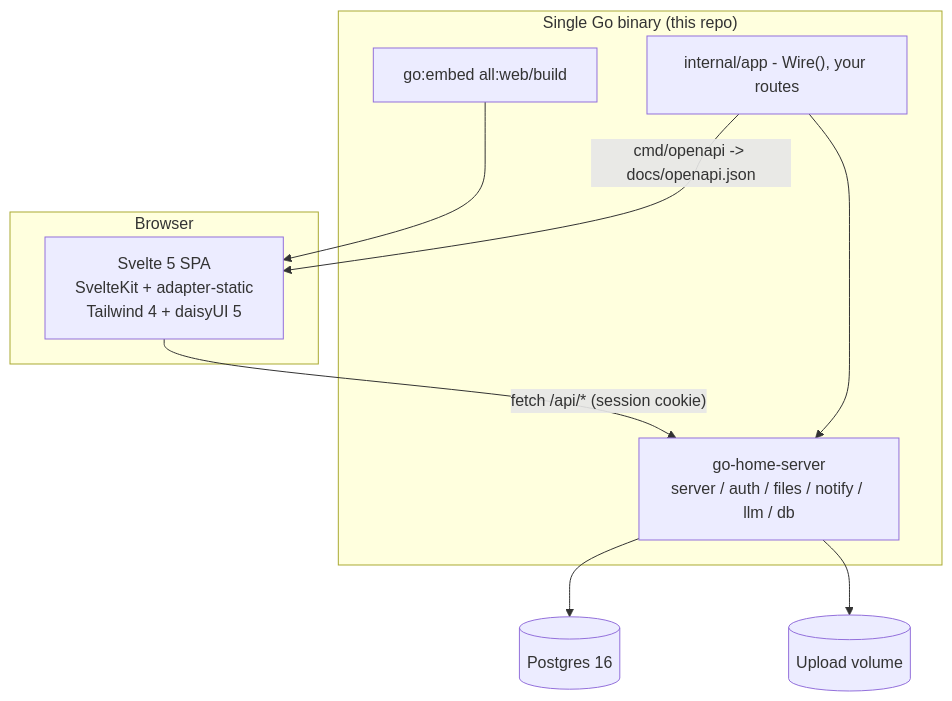
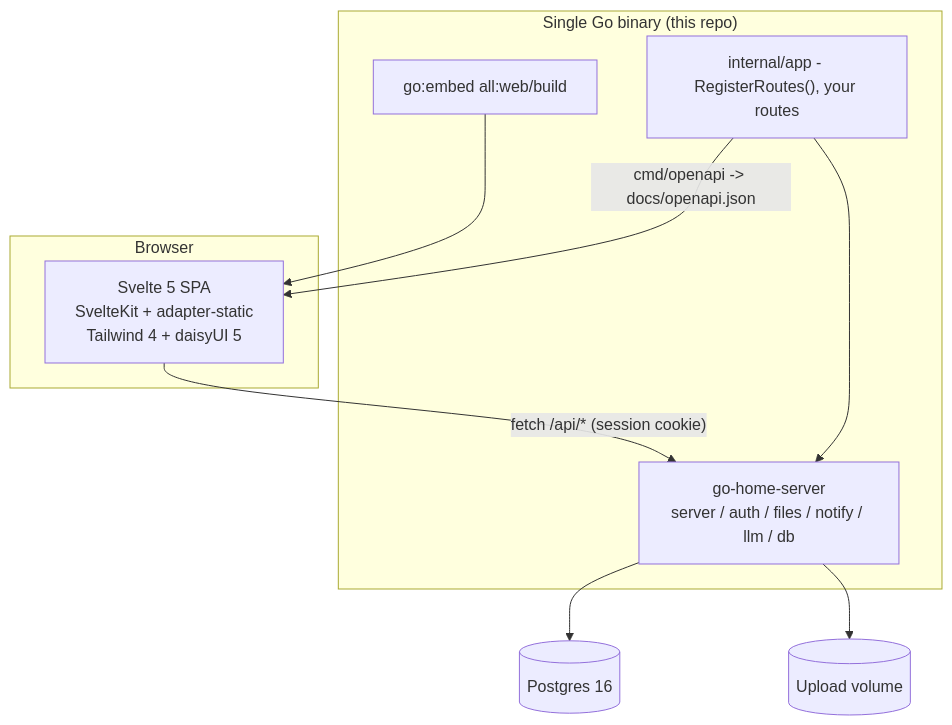
Before and after one commit to robert-crandall/go-home-template: the diagram in docs/tech-stack.md, drawn with Mermaid. The commit also changed other lines of this file, not shown here.

````diff
--- a/docs/tech-stack.md
+++ b/docs/tech-stack.md
@@ -33,22 +33,22 @@
 ```mermaid
 graph TD
   subgraph browser["Browser"]
     SPA["Svelte 5 SPA<br/>SvelteKit + adapter-static<br/>Tailwind 4 + daisyUI 5"]
   end
 
   subgraph binary["Single Go binary (this repo)"]
     EMBED["go:embed all:web/build"]
-    APP["internal/app - Wire(), your routes"]
+    APP["internal/app - RegisterRoutes(), your routes"]
     FOUND["go-home-server<br/>server / auth / files / notify / llm / db"]
   end
 
   PG[("Postgres 16")]
   DISK[("Upload volume")]
 
   SPA -->|"fetch /api/* (session cookie)"| FOUND
   EMBED --> SPA
   APP --> FOUND
   FOUND --> PG
   FOUND --> DISK
   APP -->|"cmd/openapi -> docs/openapi.json"| SPA
 ```
````
